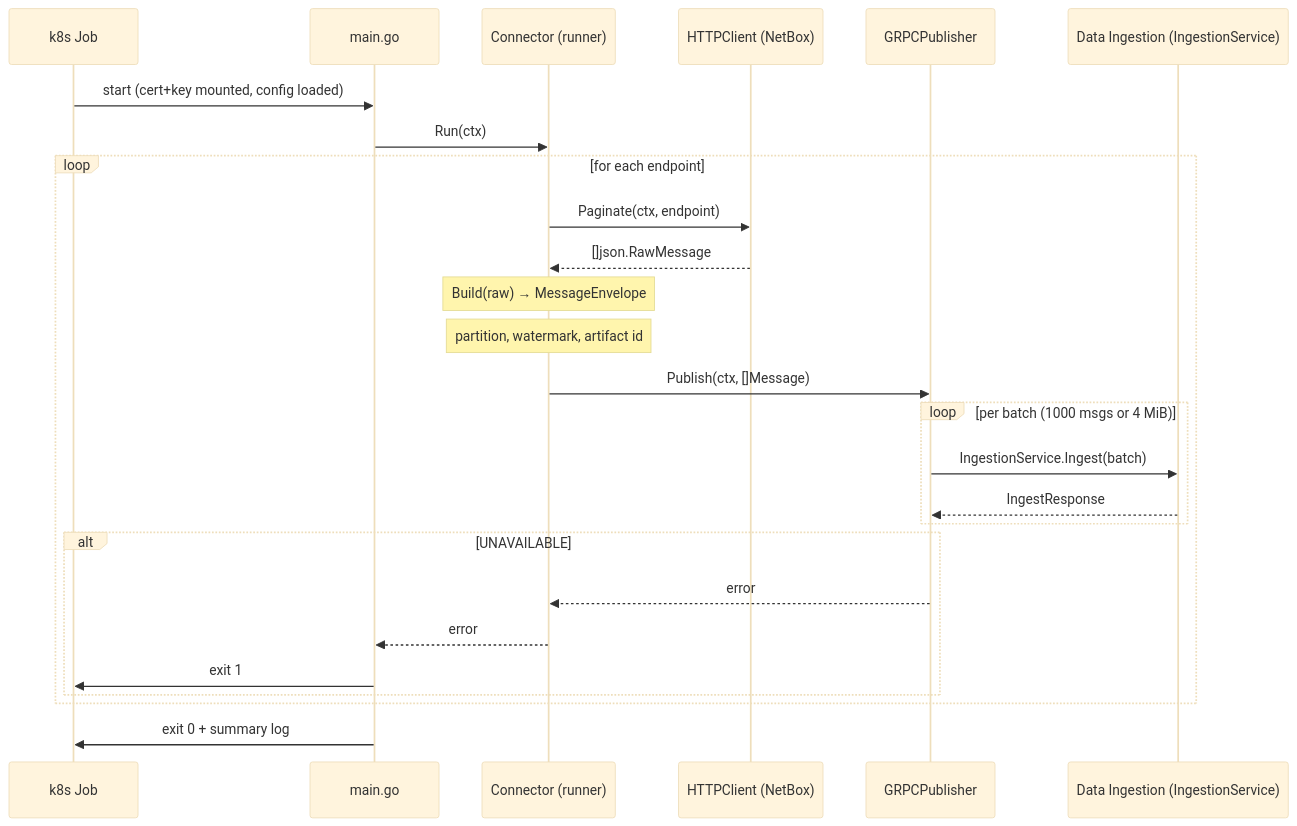
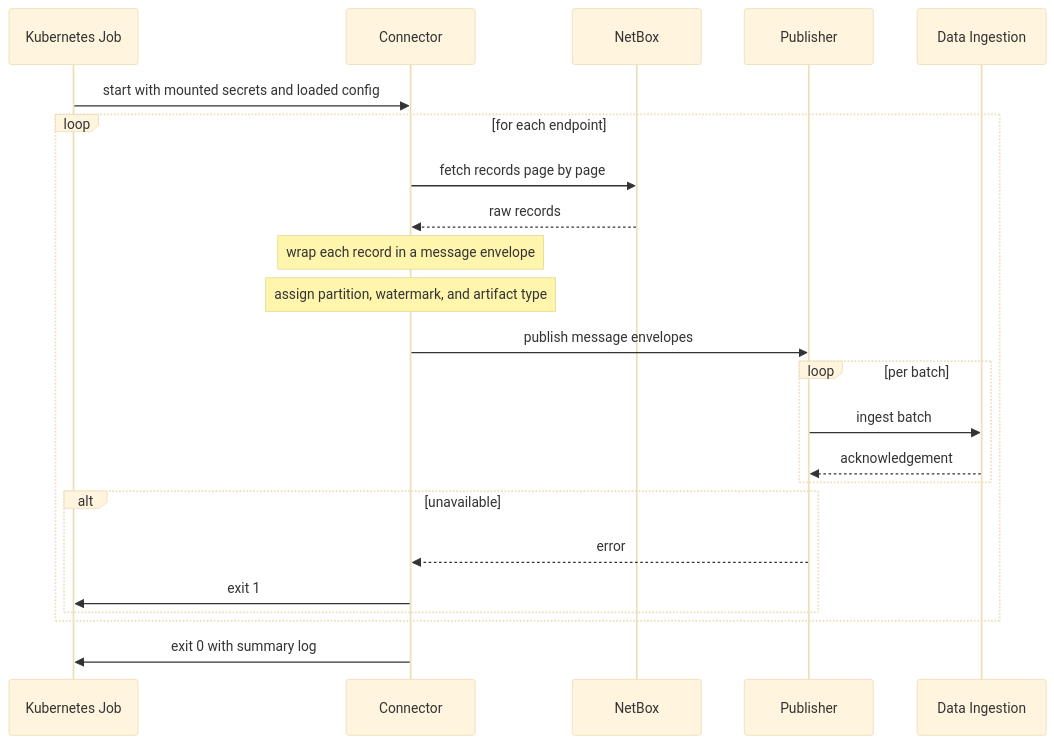
One commit to operational-context-graph/website changed the second of 2 diagrams in docs/architecture/inventory-connector.md. Above: the diagram before and after it, drawn with Mermaid (base theme). The commit also changed other lines of this file and 5 other files, not shown here.

````diff
--- a/docs/architecture/inventory-connector.md
+++ b/docs/architecture/inventory-connector.md
@@ -109,32 +41,29 @@
 ```mermaid
 %%{init: {'sequence': {'useMaxWidth': false}}}%%
 sequenceDiagram
-    participant K8s as k8s Job
-    participant Main as main.go
-    participant Runner as Connector (runner)
-    participant NB as HTTPClient (NetBox)
-    participant Pub as GRPCPublisher
-    participant DI as Data Ingestion (IngestionService)
+    participant K8s as Kubernetes Job
+    participant Connector
+    participant NetBox
+    participant Publisher
+    participant DI as Data Ingestion
 
-    K8s->>Main: start (cert+key mounted, config loaded)
-    Main->>Runner: Run(ctx)
+    K8s->>Connector: start with mounted secrets and loaded config
 
     loop for each endpoint
-        Runner->>NB: Paginate(ctx, endpoint)
-        NB-->>Runner: []json.RawMessage
-        note over Runner: Build(raw) → MessageEnvelope
-        note over Runner: partition, watermark, artifact id
-        Runner->>Pub: Publish(ctx, []Message)
-        loop per batch (1000 msgs or 4 MiB)
-            Pub->>DI: IngestionService.Ingest(batch)
-            DI-->>Pub: IngestResponse
+        Connector->>NetBox: fetch records page by page
+        NetBox-->>Connector: raw records
+        note over Connector: wrap each record in a message envelope
+        note over Connector: assign partition, watermark, and artifact type
+        Connector->>Publisher: publish message envelopes
+        loop per batch
+            Publisher->>DI: ingest batch
+            DI-->>Publisher: acknowledgement
         end
-        alt UNAVAILABLE
-            Pub-->>Runner: error
-            Runner-->>Main: error
-            Main->>K8s: exit 1
+        alt unavailable
+            Publisher-->>Connector: error
+            Connector->>K8s: exit 1
         end
     end
 
-    Main->>K8s: exit 0 + summary log
+    Connector->>K8s: exit 0 with summary log
 ```
````
